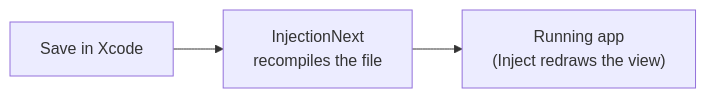
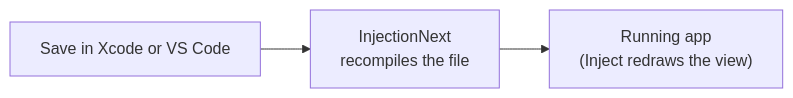
Before and after one commit to DAMHONGDUC/site-log-ios: the diagram in docs/dev-docs/hot-reload.md, drawn with Mermaid. The commit also changed other lines of this file and 11 other files, not shown here.

First line of the commit message:
chore: tooling - develop in VS Code alongside Xcode

````diff
--- a/docs/dev-docs/hot-reload.md
+++ b/docs/dev-docs/hot-reload.md
@@ -6,5 +6,5 @@
 ```mermaid
 flowchart LR
-    E["Save in Xcode"] --> N["InjectionNext<br/>recompiles the file"]
+    E["Save in Xcode or VS Code"] --> N["InjectionNext<br/>recompiles the file"]
     N --> A["Running app<br/>(Inject redraws the view)"]
 ```
````
